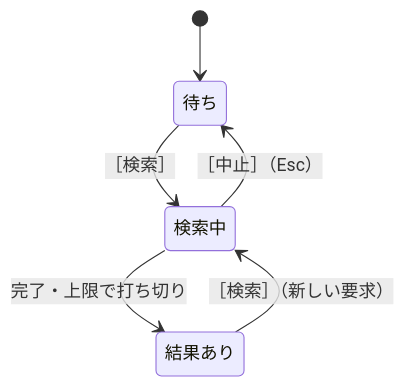
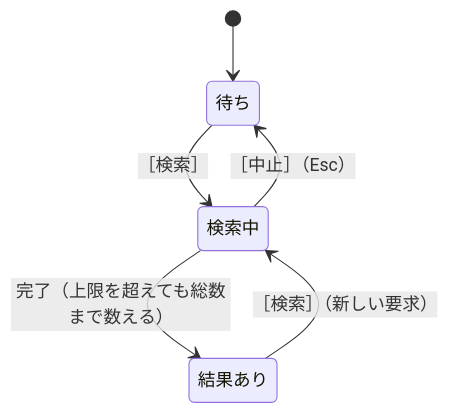
The first of 2 diagrams in docs/design/gui/search-tab.md (hsgwa/tebunko), drawn with Mermaid before and after one commit. The commit also changed other lines of this file and 28 other files, not shown here.

````diff
--- a/docs/design/gui/search-tab.md
+++ b/docs/design/gui/search-tab.md
@@ -30,11 +30,11 @@
 ```mermaid
 stateDiagram-v2
     state "待ち" as Idle
     state "検索中" as Searching
     state "結果あり" as Done
     [*] --> Idle
     Idle --> Searching : ［検索］
-    Searching --> Done : 完了・上限で打ち切り
+    Searching --> Done : 完了（上限を超えても総数まで数える）
     Searching --> Idle : ［中止］（Esc）
     Done --> Searching : ［検索］（新しい要求）
 ```
````
